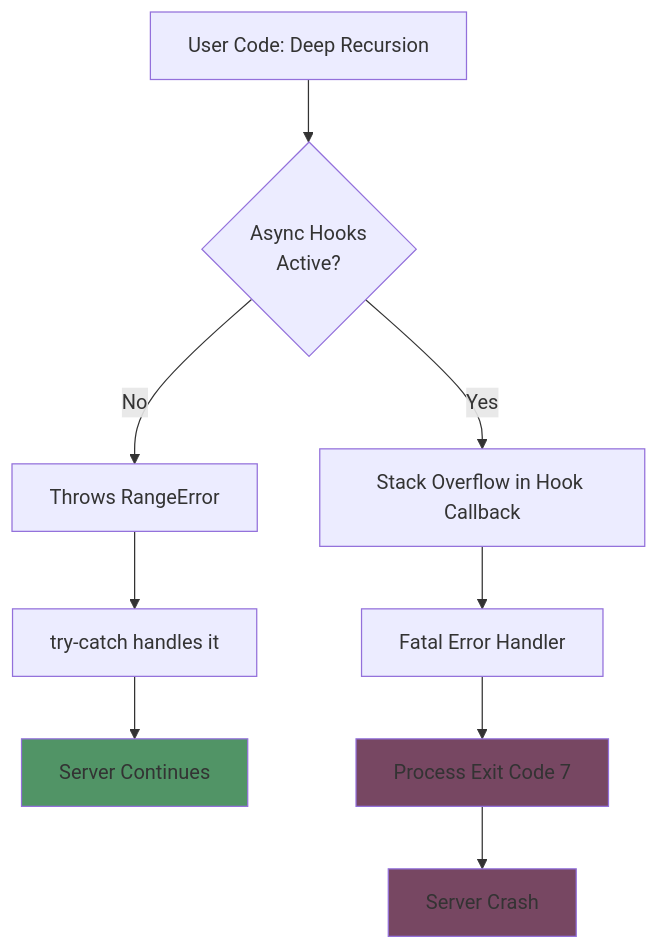
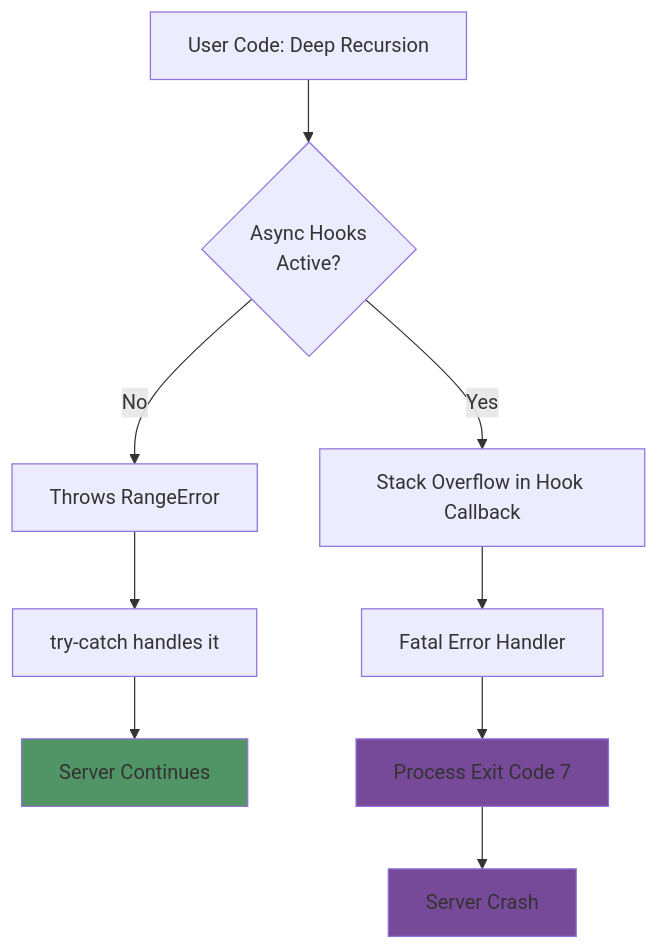
Before and after one commit to rsrini7/Learnings: the first of 3 diagrams in News/Node.js-Async-Hooks-DoS-Vulnerability.md, drawn with Mermaid. The commit also changed other lines of this file, not shown here.

Commit message:
style: update diagram colors and remove theme from gantt chart
Update fill colors in the TD diagram for better visual distinction and remove the dark theme specification from the gantt chart configuration for consistency.

````diff
--- a/News/Node.js-Async-Hooks-DoS-Vulnerability.md
+++ b/News/Node.js-Async-Hooks-DoS-Vulnerability.md
@@ -104,15 +104,15 @@
 ```mermaid
 graph TD
     A["User Code: Deep Recursion"] --> B{"Async Hooks<br/>Active?"}
     B -->|No| C["Throws RangeError"]
     C --> D["try-catch handles it"]
     D --> E["Server Continues"]
     B -->|Yes| F["Stack Overflow in Hook Callback"]
     F --> G["Fatal Error Handler"]
     G --> H["Process Exit Code 7"]
     H --> I["Server Crash"]
     
-    style H fill:#774762
-    style I fill:#774762
+    style H fill:#774999
+    style I fill:#774999
     style E fill:#519466
 ```
````
